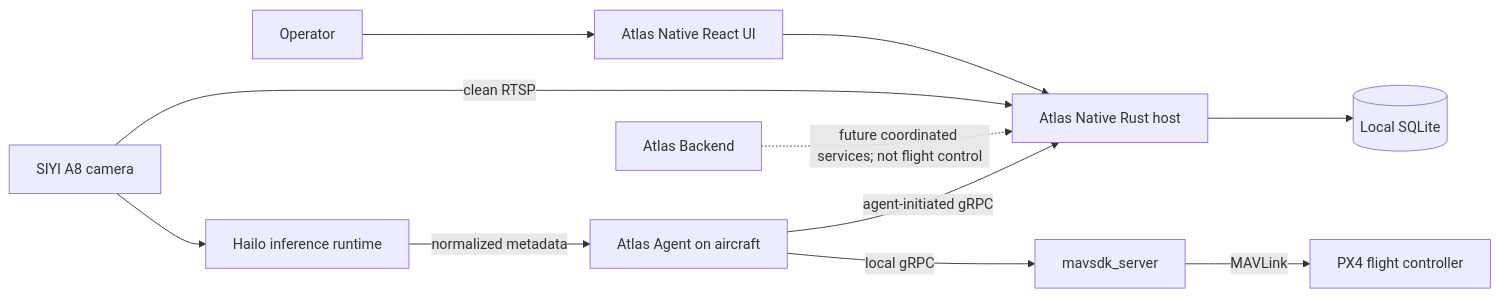
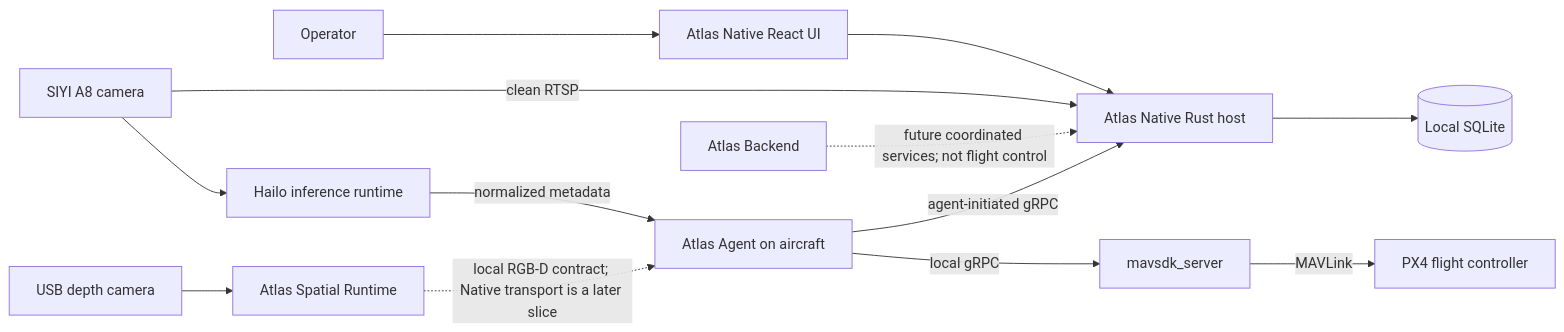
The diagram in docs/README.md (mofe64/atlas), drawn with Mermaid before and after one commit. The commit also changed other lines of this file and 40 other files, not shown here.

````diff
--- a/docs/README.md
+++ b/docs/README.md
@@ -11,13 +11,15 @@
 ```mermaid
 flowchart LR
     Operator["Operator"] --> UI["Atlas Native React UI"]
     UI --> Host["Atlas Native Rust host"]
     Host --> SQLite[("Local SQLite")]
     Agent["Atlas Agent on aircraft"] -->|"agent-initiated gRPC"| Host
     Agent -->|"local gRPC"| MAVSDK["mavsdk_server"]
     MAVSDK -->|"MAVLink"| PX4["PX4 flight controller"]
     Camera["SIYI A8 camera"] -->|"clean RTSP"| Host
     Camera --> Inference["Hailo inference runtime"]
     Inference -->|"normalized metadata"| Agent
+    DepthCamera["USB depth camera"] --> Spatial["Atlas Spatial Runtime"]
+    Spatial -. "local RGB-D contract; Native transport is a later slice" .-> Agent
     Backend["Atlas Backend"] -. "future coordinated services; not flight control" .-> Host
 ```
````
